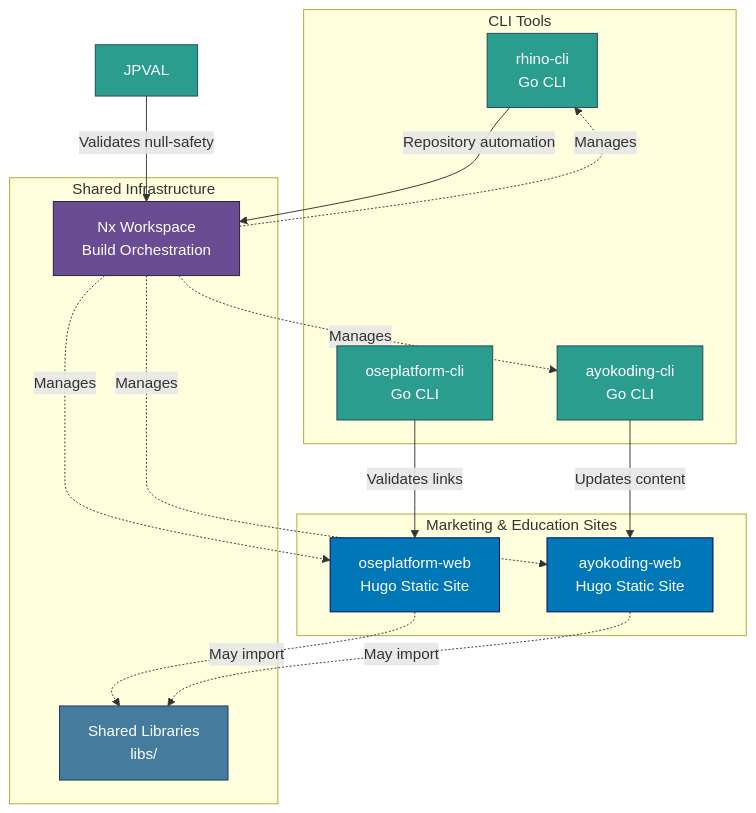
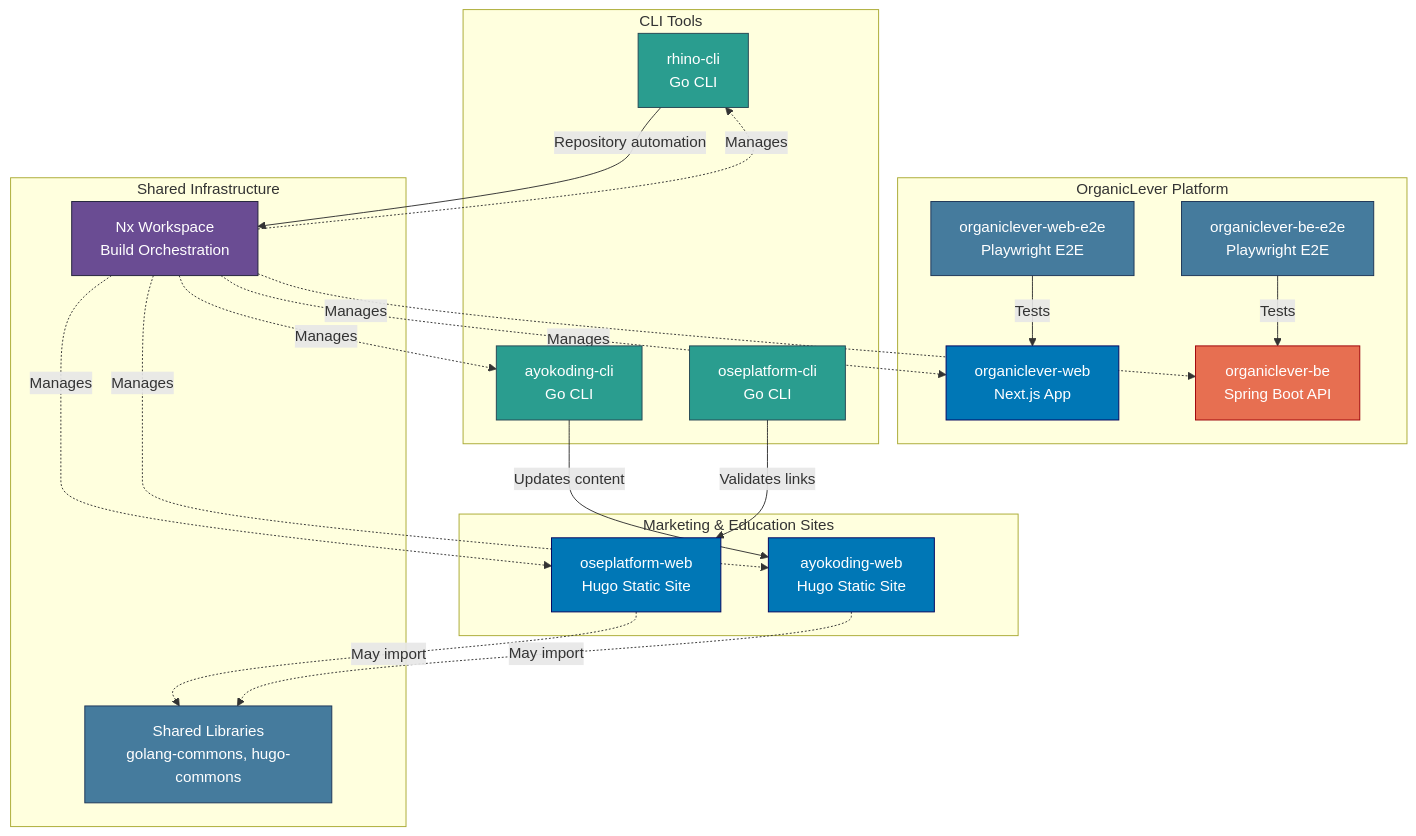
The second of 13 diagrams in docs/reference/re__system-architecture.md (wahidyankf/open-sharia-enterprise), drawn with Mermaid before and after one commit. The commit also changed other lines of this file and 3 other files, not shown here.

````diff
--- a/docs/reference/re__system-architecture.md
+++ b/docs/reference/re__system-architecture.md
@@ -136,40 +182,53 @@
 ```mermaid
 graph TB
     subgraph "Marketing & Education Sites"
         OSE[oseplatform-web<br/>Hugo Static Site]
         AYO[ayokoding-web<br/>Hugo Static Site]
+    end
+
+    subgraph "OrganicLever Platform"
+        OL_WEB[organiclever-web<br/>Next.js App]
+        OL_BE[organiclever-be<br/>Spring Boot API]
+        OL_WEB_E2E[organiclever-web-e2e<br/>Playwright E2E]
+        OL_BE_E2E[organiclever-be-e2e<br/>Playwright E2E]
     end
 
     subgraph "CLI Tools"
         AYOCLI[ayokoding-cli<br/>Go CLI]
         RHINO[rhino-cli<br/>Go CLI]
         OSECLI[oseplatform-cli<br/>Go CLI]
     end
 
     subgraph "Shared Infrastructure"
         NX[Nx Workspace<br/>Build Orchestration]
-        LIBS[Shared Libraries<br/>libs/]
+        LIBS[Shared Libraries<br/>golang-commons, hugo-commons]
     end
 
     AYOCLI -->|Updates content| AYO
     RHINO -->|Repository automation| NX
-    JPVAL -->|Validates null-safety| NX
     OSECLI -->|Validates links| OSE
+    OL_WEB_E2E -->|Tests| OL_WEB
+    OL_BE_E2E -->|Tests| OL_BE
 
     NX -.->|Manages| OSE
     NX -.->|Manages| AYO
     NX -.->|Manages| AYOCLI
     NX -.->|Manages| RHINO
+    NX -.->|Manages| OL_WEB
+    NX -.->|Manages| OL_BE
 
     OSE -.->|May import| LIBS
     AYO -.->|May import| LIBS
 
     style OSE fill:#0077b6,stroke:#03045e,color:#ffffff
     style AYO fill:#0077b6,stroke:#03045e,color:#ffffff
+    style OL_WEB fill:#0077b6,stroke:#03045e,color:#ffffff
+    style OL_BE fill:#e76f51,stroke:#9d0208,color:#ffffff
+    style OL_WEB_E2E fill:#457b9d,stroke:#1d3557,color:#ffffff
+    style OL_BE_E2E fill:#457b9d,stroke:#1d3557,color:#ffffff
     style AYOCLI fill:#2a9d8f,stroke:#264653,color:#ffffff
     style RHINO fill:#2a9d8f,stroke:#264653,color:#ffffff
-    style JPVAL fill:#2a9d8f,stroke:#264653,color:#ffffff
     style OSECLI fill:#2a9d8f,stroke:#264653,color:#ffffff
     style NX fill:#6a4c93,stroke:#22223b,color:#ffffff
     style LIBS fill:#457b9d,stroke:#1d3557,color:#ffffff
 ```
````
